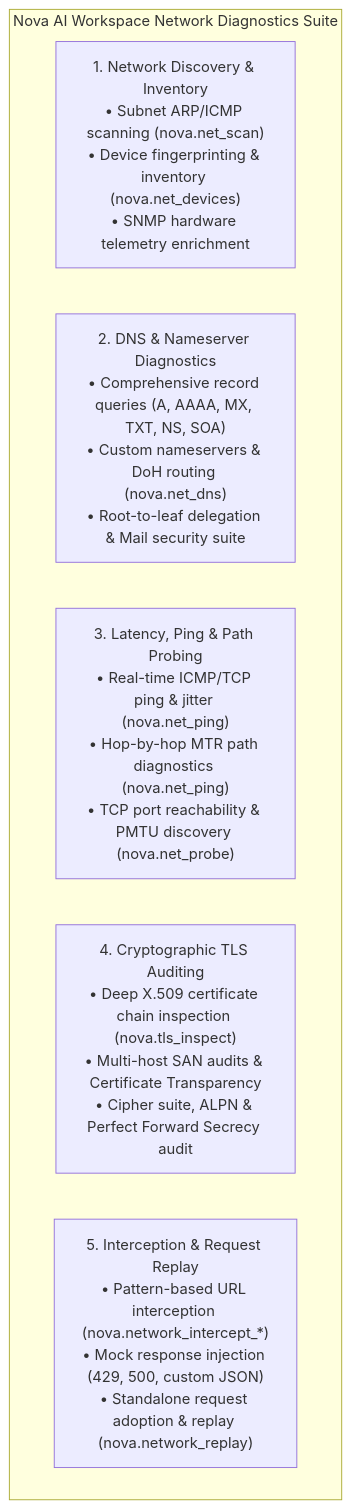
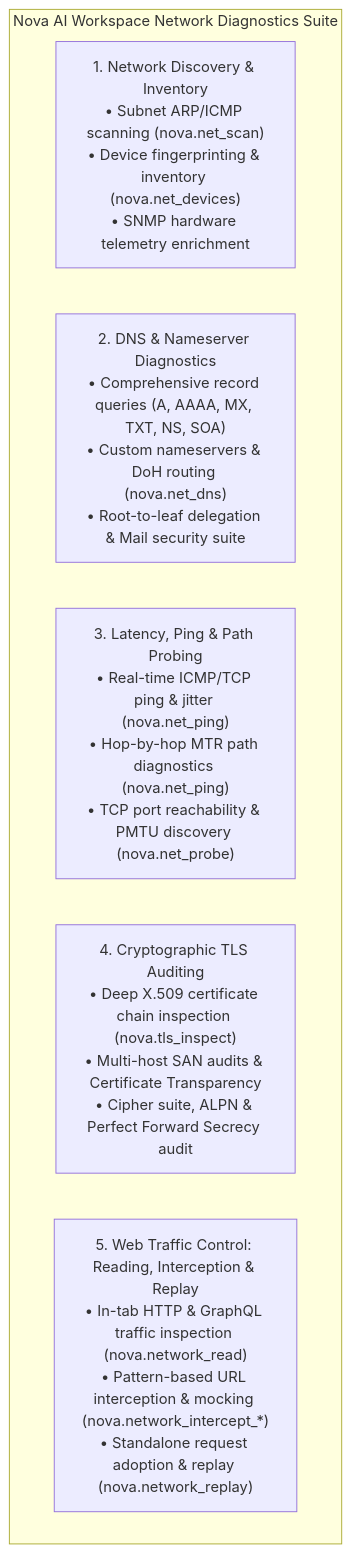
One commit to joelaniol/nova changed the first of 5 diagrams in docs/user-guide/tools/network-and-diagnostics.md. Above: the diagram before and after it, drawn with Mermaid. The commit also changed other lines of this file and 2 other files, not shown here.

Commit message:
docs(network): integrate live HTTP and GraphQL traffic inspection into diagnostics guide

````diff
--- a/docs/user-guide/tools/network-and-diagnostics.md
+++ b/docs/user-guide/tools/network-and-diagnostics.md
@@ -14,10 +14,10 @@
 ```mermaid
 flowchart TD
     subgraph UI ["Nova AI Workspace Network Diagnostics Suite"]
         D1["1. Network Discovery & Inventory<br/>• Subnet ARP/ICMP scanning (nova.net_scan)<br/>• Device fingerprinting & inventory (nova.net_devices)<br/>• SNMP hardware telemetry enrichment"]
         D2["2. DNS & Nameserver Diagnostics<br/>• Comprehensive record queries (A, AAAA, MX, TXT, NS, SOA)<br/>• Custom nameservers & DoH routing (nova.net_dns)<br/>• Root-to-leaf delegation & Mail security suite"]
         D3["3. Latency, Ping & Path Probing<br/>• Real-time ICMP/TCP ping & jitter (nova.net_ping)<br/>• Hop-by-hop MTR path diagnostics (nova.net_ping)<br/>• TCP port reachability & PMTU discovery (nova.net_probe)"]
         D4["4. Cryptographic TLS Auditing<br/>• Deep X.509 certificate chain inspection (nova.tls_inspect)<br/>• Multi-host SAN audits & Certificate Transparency<br/>• Cipher suite, ALPN & Perfect Forward Secrecy audit"]
-        D5["5. Interception & Request Replay<br/>• Pattern-based URL interception (nova.network_intercept_*)<br/>• Mock response injection (429, 500, custom JSON)<br/>• Standalone request adoption & replay (nova.network_replay)"]
+        D5["5. Web Traffic Control: Reading, Interception & Replay<br/>• In-tab HTTP & GraphQL traffic inspection (nova.network_read)<br/>• Pattern-based URL interception & mocking (nova.network_intercept_*)<br/>• Standalone request adoption & replay (nova.network_replay)"]
     end
 ```
````
